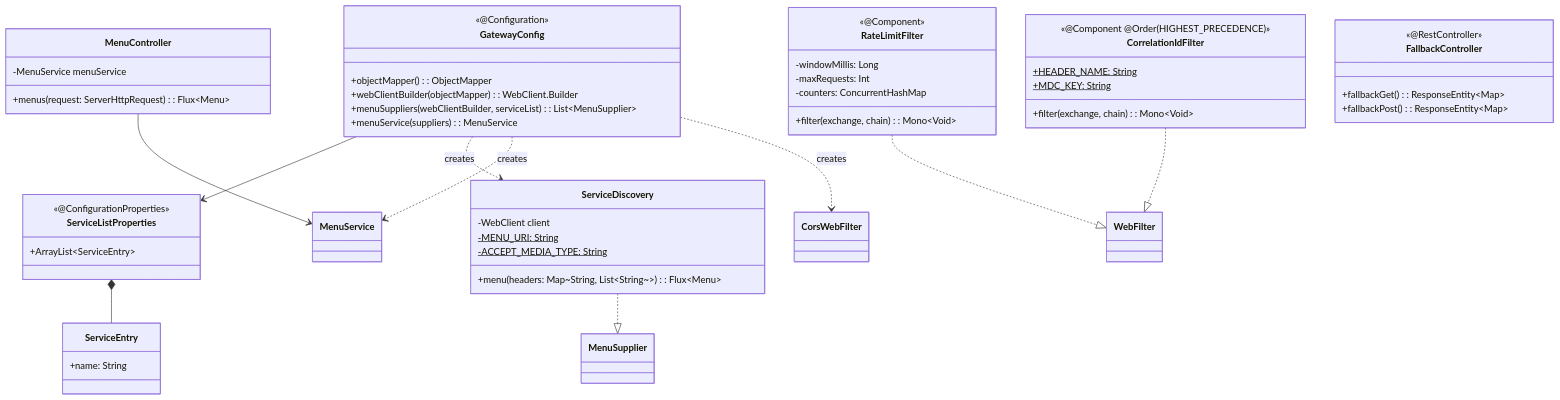
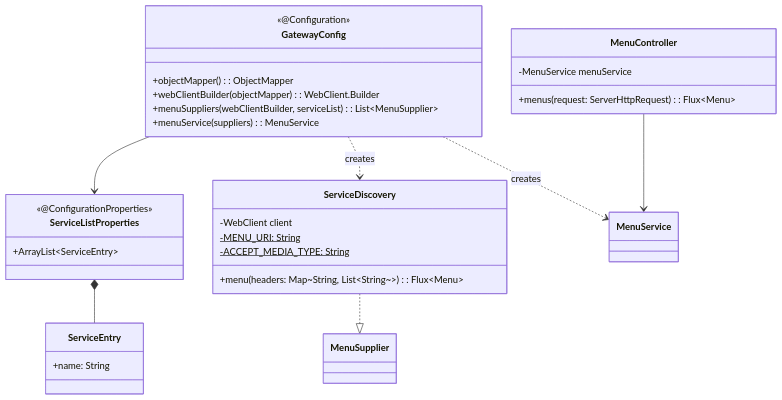
Before and after one commit to sayaya1090/handbook: the second of 2 diagrams in gateway/CLASS-DIAGRAM.md, drawn with Mermaid. The commit also changed other lines of this file and 645 other files, not shown here.

````diff
--- a/gateway/CLASS-DIAGRAM.md
+++ b/gateway/CLASS-DIAGRAM.md
@@ -22,63 +22,38 @@
 ```mermaid
 classDiagram
     class MenuController {
         -MenuService menuService
         +menus(request: ServerHttpRequest): Flux~Menu~
     }
 
     class ServiceDiscovery {
         -WebClient client
         +menu(headers: Map~String, List~String~~): Flux~Menu~
         -MENU_URI: String$
         -ACCEPT_MEDIA_TYPE: String$
     }
 
     class ServiceListProperties {
         <<@ConfigurationProperties>>
         +ArrayList~ServiceEntry~
     }
 
     class ServiceEntry {
         +name: String
     }
 
     class GatewayConfig {
         <<@Configuration>>
         +objectMapper(): ObjectMapper
         +webClientBuilder(objectMapper): WebClient.Builder
         +menuSuppliers(webClientBuilder, serviceList): List~MenuSupplier~
         +menuService(suppliers): MenuService
     }
 
     ServiceDiscovery ..|> MenuSupplier
     MenuController --> MenuService
     ServiceListProperties *-- ServiceEntry
-    class RateLimitFilter {
-        <<@Component>>
-        -windowMillis: Long
-        -maxRequests: Int
-        -counters: ConcurrentHashMap
-        +filter(exchange, chain): Mono~Void~
-    }
-
-    class CorrelationIdFilter {
-        <<@Component @Order(HIGHEST_PRECEDENCE)>>
-        +HEADER_NAME: String$
-        +MDC_KEY: String$
-        +filter(exchange, chain): Mono~Void~
-    }
-
-    class FallbackController {
-        <<@RestController>>
-        +fallbackGet(): ResponseEntity~Map~
-        +fallbackPost(): ResponseEntity~Map~
-    }
-
-    RateLimitFilter ..|> WebFilter
-    CorrelationIdFilter ..|> WebFilter
-
     GatewayConfig --> ServiceListProperties
     GatewayConfig ..> ServiceDiscovery : creates
     GatewayConfig ..> MenuService : creates
-    GatewayConfig ..> CorsWebFilter : creates
 ```
````
